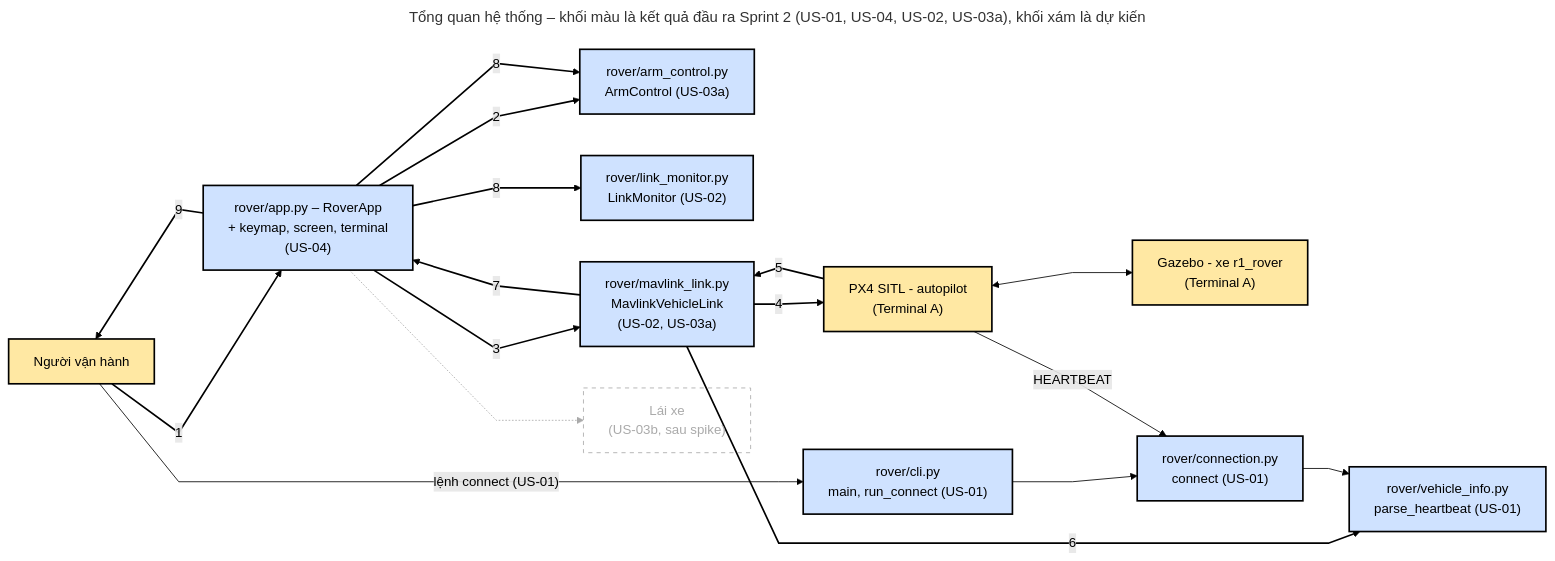
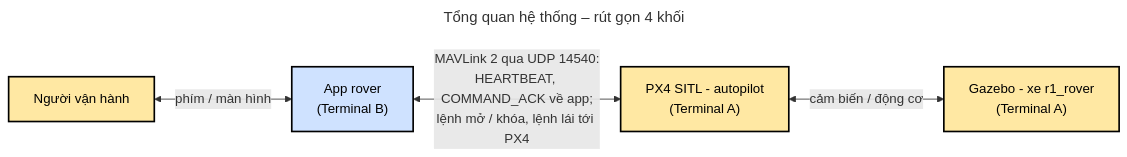
Before and after one commit to wenxizhabg/rover-control-by-PX4: the diagram in docs/diagrams/system-overview/system-overview.mmd, drawn with Mermaid. The commit also changed 4 other files, not shown here.

Commit message:
S03/DIAG-1: sơ đồ tổng quan rút gọn và sơ đồ use case

```diff
--- a/docs/diagrams/system-overview/system-overview.mmd
+++ b/docs/diagrams/system-overview/system-overview.mmd
@@ -1,57 +1,21 @@
 ---
-title: Tổng quan hệ thống – khối màu là kết quả đầu ra Sprint 2 (US-01, US-04, US-02, US-03a), khối xám là dự kiến
+title: Tổng quan hệ thống – rút gọn 4 khối
 config:
   flowchart:
     curve: linear
 ---
 flowchart LR
-    %% Khối đã có: người dùng và phần mềm không do nhóm viết
     user["Người vận hành"]
+    app["App rover<br/>(Terminal B)"]
     px4["PX4 SITL - autopilot<br/>(Terminal A)"]
     gz["Gazebo - xe r1_rover<br/>(Terminal A)"]
 
-    %% Khối đã có: code của nhóm (app rover, Terminal B)
-    app["rover/app.py – RoverApp<br/>+ keymap, screen, terminal<br/>(US-04)"]
-    am["rover/arm_control.py<br/>ArmControl (US-03a)"]
-    lm["rover/link_monitor.py<br/>LinkMonitor (US-02)"]
-    ml["rover/mavlink_link.py<br/>MavlinkVehicleLink<br/>(US-02, US-03a)"]
-    vi["rover/vehicle_info.py<br/>parse_heartbeat (US-01)"]
-    cli["rover/cli.py<br/>main, run_connect (US-01)"]
-    conn["rover/connection.py<br/>connect (US-01)"]
-
-    %% Khối dự kiến: US-03b, chưa vào sprint
-    drv["Lái xe<br/>(US-03b, sau spike)"]
-
-    %% Luồng chính khi người vận hành bấm R để mở khóa xe, số tăng dần theo thứ tự xảy ra (cạnh 0 đến 9)
-    user -->|"1"| app
-    app -->|"2"| am
-    app -->|"3"| ml
-    ml -->|"4"| px4
-    px4 -->|"5"| ml
-    ml -->|"6"| vi
-    ml -->|"7"| app
-    app -->|"8"| lm
-    app -->|"8"| am
-    app -->|"9"| user
-
-    %% Liên kết không đánh số: phần mềm bên ngoài với nhau, và lệnh connect của US-01 (cạnh 10 đến 14)
-    px4 <--> gz
-    user -->|"lệnh connect (US-01)"| cli
-    cli --> conn
-    conn --> vi
-    px4 -->|"HEARTBEAT"| conn
-
-    %% Luồng dự kiến, chưa đánh số (cạnh 15)
-    app -.-> drv
+    user <-->|"phím / màn hình"| app
+    app <-->|"MAVLink 2 qua UDP 14540:<br/>HEARTBEAT, COMMAND_ACK về app;<br/>lệnh mở / khóa, lệnh lái tới PX4"| px4
+    px4 <-->|"cảm biến / động cơ"| gz
 
     classDef done fill:#cfe2ff,stroke:#000,stroke-width:2px,color:#000
     classDef ext fill:#ffe8a3,stroke:#000,stroke-width:2px,color:#000
-    classDef plan fill:none,stroke:#aaa,stroke-width:1px,stroke-dasharray:5 5,color:#aaa
 
-    class app,am,lm,ml,vi,cli,conn done
+    class app done
     class user,px4,gz ext
-    class drv plan
-
-    linkStyle 0,1,2,3,4,5,6,7,8,9 stroke:#000,stroke-width:2px,color:#000
-    linkStyle 10,11,12,13,14 stroke:#000,stroke-width:1px,color:#000
-    linkStyle 15 stroke:#aaa,stroke-width:1px,color:#aaa
```
